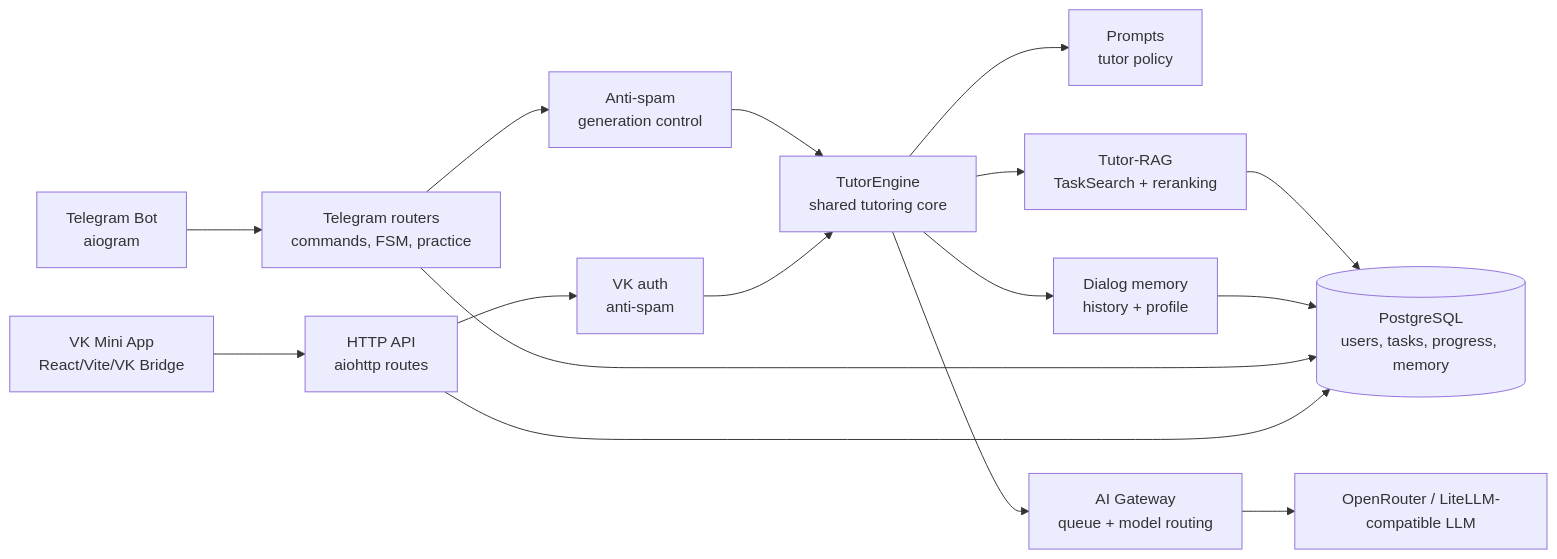
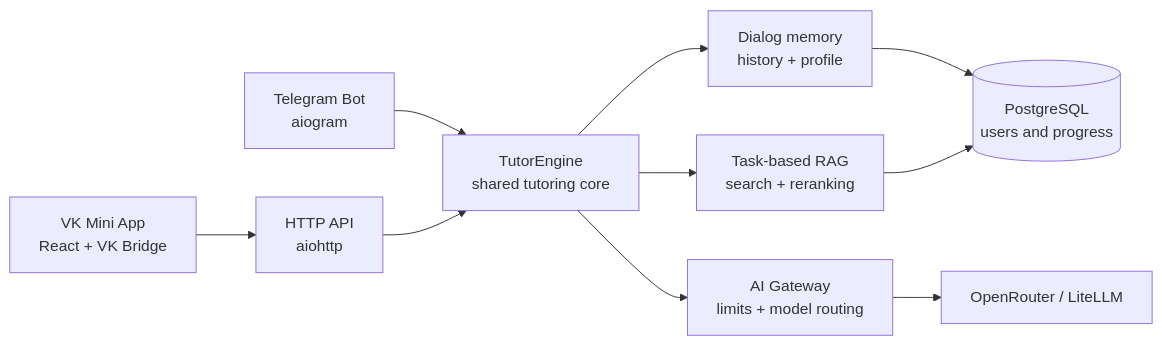
The second of 2 diagrams in README.md (akiamuradev/evolution-tutor-bot), drawn with Mermaid before and after one commit. The commit also changed other lines of this file, not shown here.

````diff
--- a/README.md
+++ b/README.md
@@ -382,18 +290,12 @@
 ```mermaid
 flowchart LR
-    TG["Telegram Bot<br/>aiogram"] --> TR["Telegram routers<br/>commands, FSM, practice"]
-    VK["VK Mini App<br/>React/Vite/VK Bridge"] --> API["HTTP API<br/>aiohttp routes"]
-    TR --> GUARD["Anti-spam<br/>generation control"]
-    API --> AUTH["VK auth<br/>anti-spam"]
-    GUARD --> TE["TutorEngine<br/>shared tutoring core"]
-    AUTH --> TE
-    TE --> POLICY["Prompts<br/>tutor policy"]
-    TE --> MEM["Dialog memory<br/>history + profile"]
-    TE --> RAG["Tutor-RAG<br/>TaskSearch + reranking"]
-    TE --> AIG["AI Gateway<br/>queue + model routing"]
-    RAG --> DB[(PostgreSQL<br/>users, tasks, progress, memory)]
-    MEM --> DB
-    TR --> DB
-    API --> DB
-    AIG --> LLM["OpenRouter / LiteLLM-compatible LLM"]
+    TG["Telegram Bot<br/>aiogram"] --> ENGINE["TutorEngine<br/>shared tutoring core"]
+    VK["VK Mini App<br/>React + VK Bridge"] --> API["HTTP API<br/>aiohttp"]
+    API --> ENGINE
+    ENGINE --> MEMORY["Dialog memory<br/>history + profile"]
+    ENGINE --> RAG["Task-based RAG<br/>search + reranking"]
+    ENGINE --> GATEWAY["AI Gateway<br/>limits + model routing"]
+    MEMORY --> DB[("PostgreSQL<br/>users and progress")]
+    RAG --> DB
+    GATEWAY --> LLM["OpenRouter / LiteLLM"]
 ```
````
